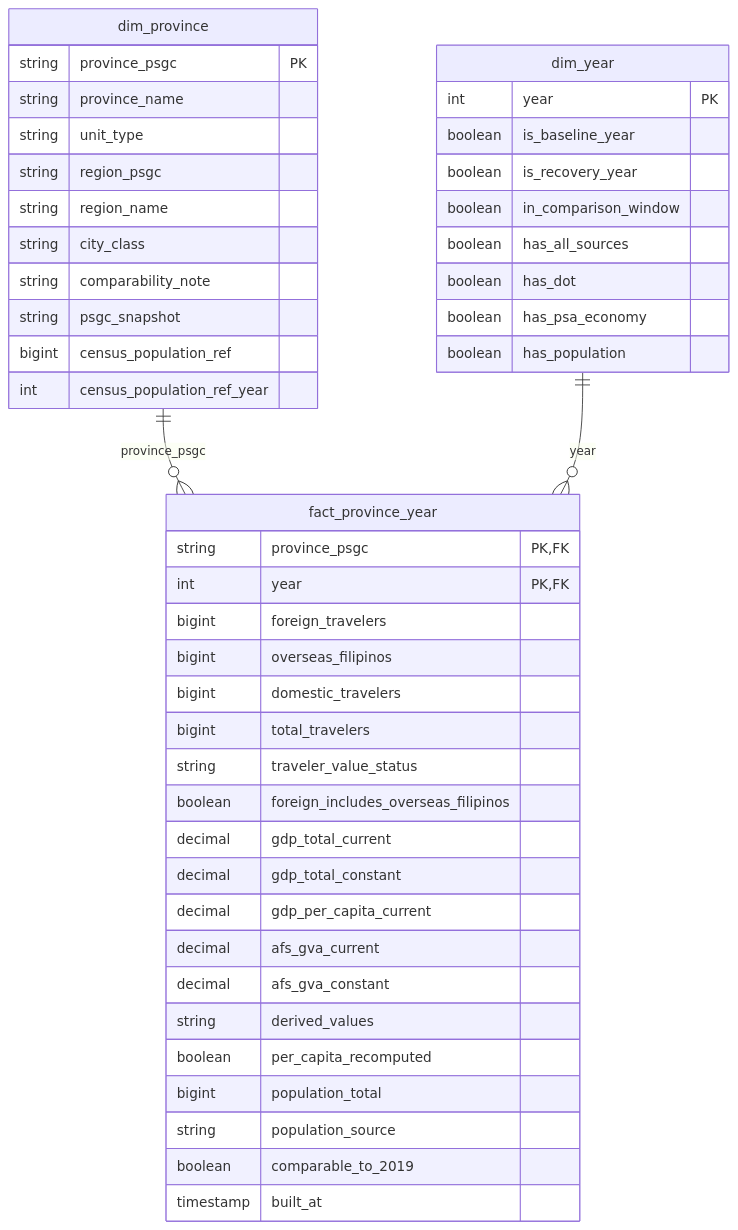
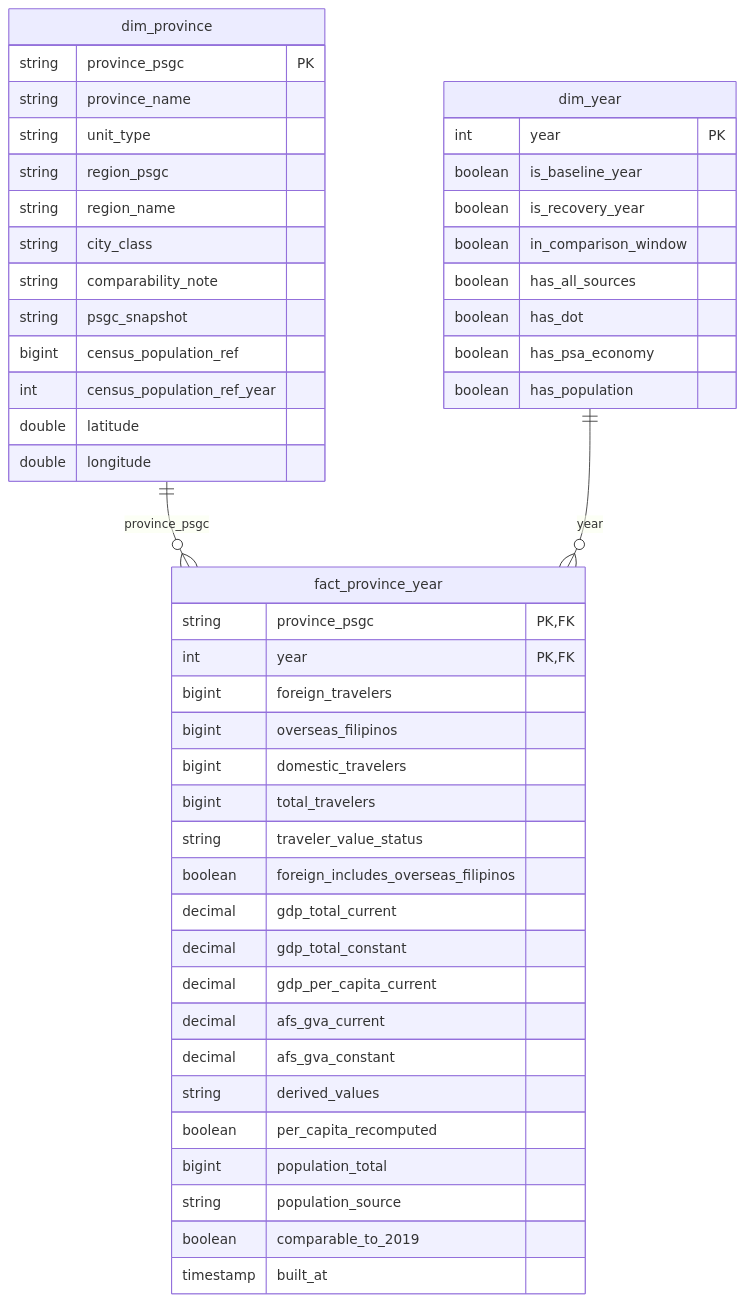
The diagram in docs/schema-and-source-to-target-mapping.md (ftw-git-away/provinsights-ph-tourism), drawn with Mermaid before and after one commit. The commit also changed other lines of this file, not shown here.

````diff
--- a/docs/schema-and-source-to-target-mapping.md
+++ b/docs/schema-and-source-to-target-mapping.md
@@ -8,51 +10,53 @@
 ```mermaid
 erDiagram
     dim_province ||--o{ fact_province_year : "province_psgc"
     dim_year ||--o{ fact_province_year : "year"
 
     dim_province {
         string province_psgc PK
         string province_name
         string unit_type
         string region_psgc
         string region_name
         string city_class
         string comparability_note
         string psgc_snapshot
         bigint census_population_ref
         int census_population_ref_year
+        double latitude
+        double longitude
     }
 
     fact_province_year {
         string province_psgc PK, FK
         int year PK, FK
         bigint foreign_travelers
         bigint overseas_filipinos
         bigint domestic_travelers
         bigint total_travelers
         string traveler_value_status
         boolean foreign_includes_overseas_filipinos
         decimal gdp_total_current
         decimal gdp_total_constant
         decimal gdp_per_capita_current
         decimal afs_gva_current
         decimal afs_gva_constant
         string derived_values
         boolean per_capita_recomputed
         bigint population_total
         string population_source
         boolean comparable_to_2019
         timestamp built_at
     }
 
     dim_year {
         int year PK
         boolean is_baseline_year
         boolean is_recovery_year
         boolean in_comparison_window
         boolean has_all_sources
         boolean has_dot
         boolean has_psa_economy
         boolean has_population
     }
 ```
````
